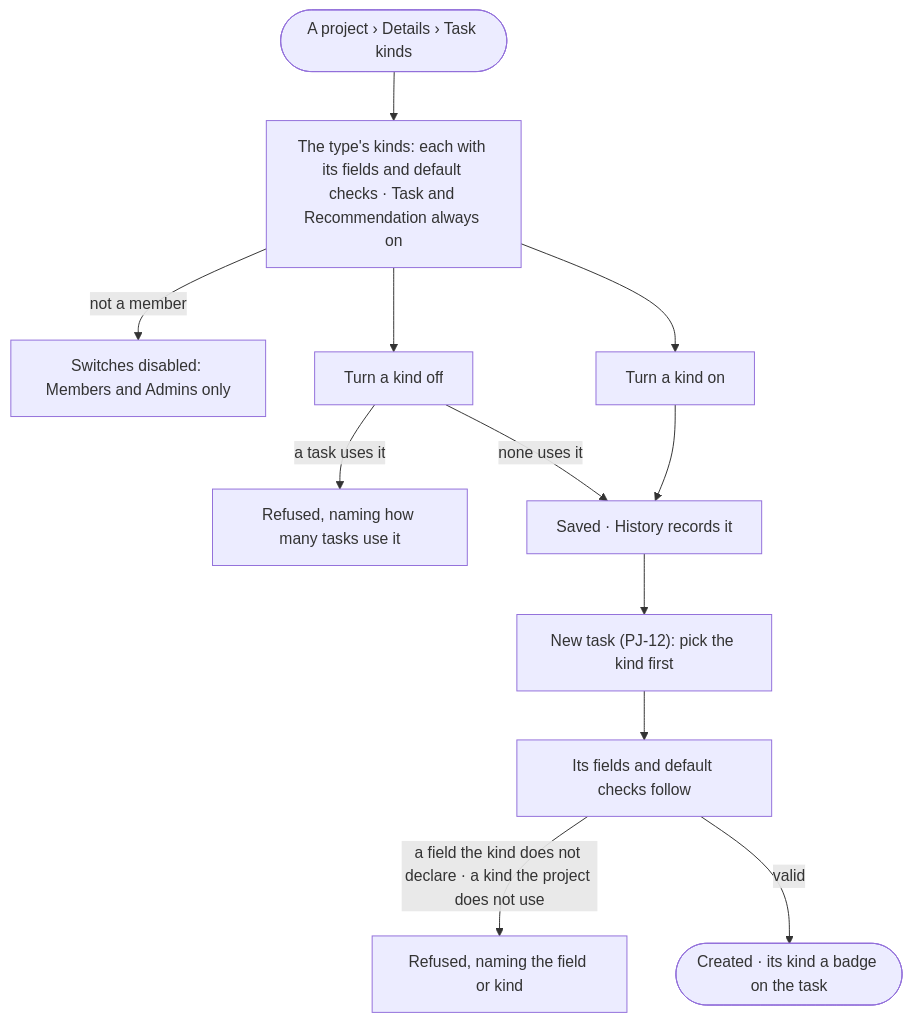
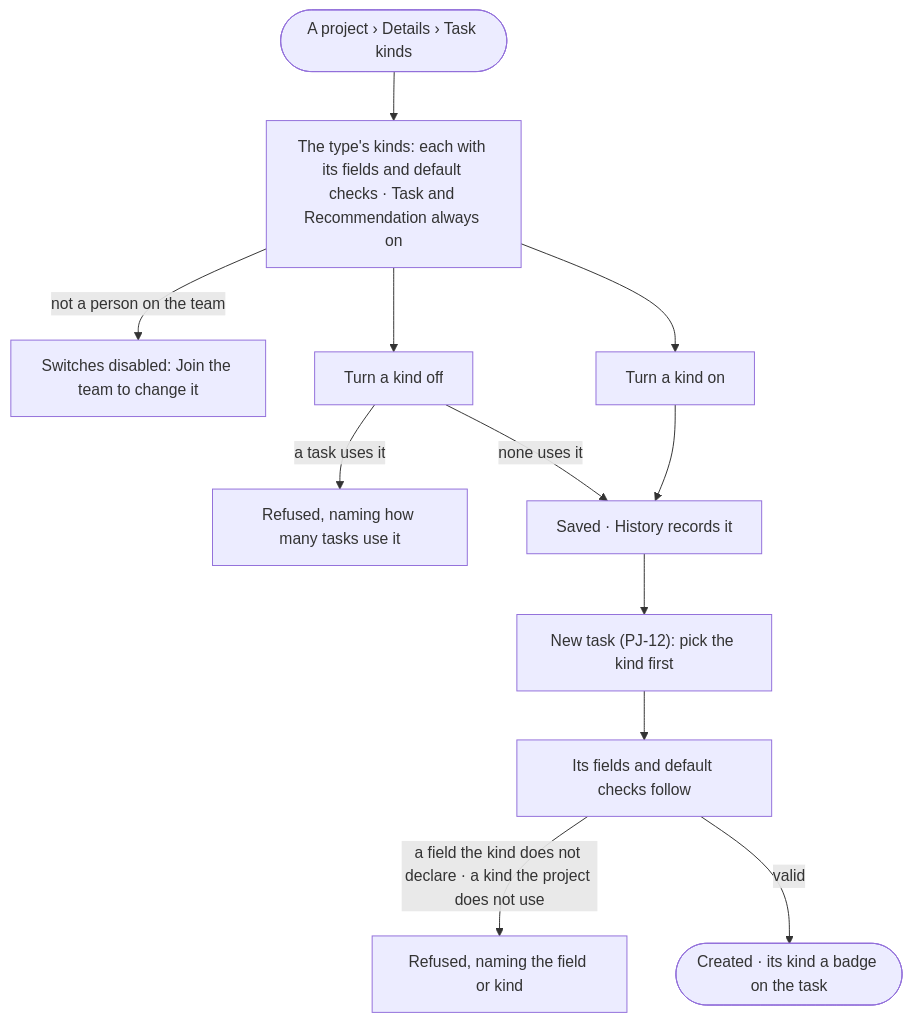
One commit to invana/invana changed the diagram in specs/capabilities/projects/features/PJ-F01-projects-and-tasks/stories/PJ-20-give-a-project-its-kinds-of-task/story.md. Above: the diagram before and after it, drawn with Mermaid. The commit also changed other lines of this file and 106 other files, not shown here.

````diff
--- a/specs/capabilities/projects/features/PJ-F01-projects-and-tasks/stories/PJ-20-give-a-project-its-kinds-of-task/story.md
+++ b/specs/capabilities/projects/features/PJ-F01-projects-and-tasks/stories/PJ-20-give-a-project-its-kinds-of-task/story.md
@@ -30,14 +30,14 @@
 ```mermaid
 flowchart TD
   s([A project › Details › Task kinds]) --> k["The type's kinds: each with its fields and default checks · Task and Recommendation always on"]
-  k -->|not a member| na["Switches disabled: Members and Admins only"]
+  k -->|not a person on the team| na["Switches disabled: Join the team to change it"]
   k --> on["Turn a kind on"]
   k --> off["Turn a kind off"]
   off -->|a task uses it| ref["Refused, naming how many tasks use it"]
   off -->|none uses it| saved["Saved · History records it"]
   on --> saved
   saved --> nt["New task (PJ-12): pick the kind first"]
   nt --> f["Its fields and default checks follow"]
   f -->|a field the kind does not declare · a kind the project does not use| fr["Refused, naming the field or kind"]
   f -->|valid| c(["Created · its kind a badge on the task"])
 ```
````
